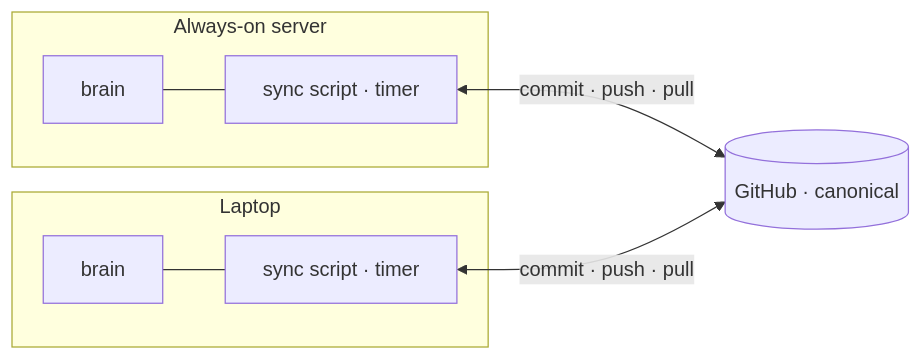
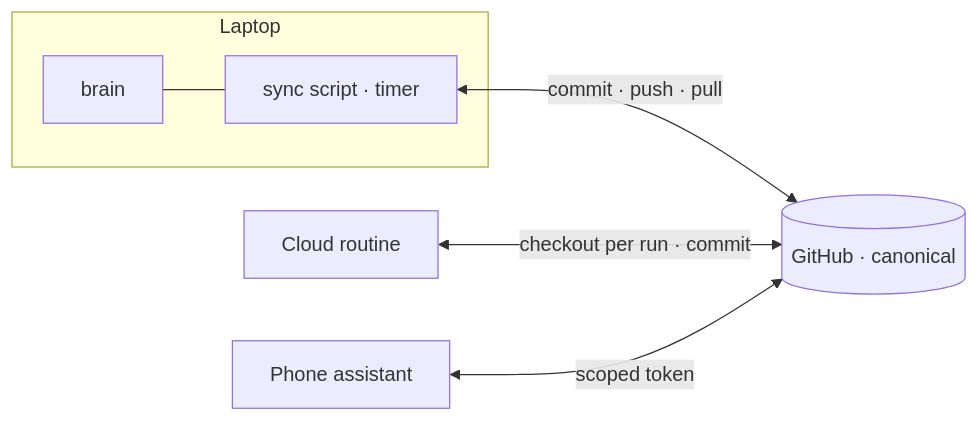
The diagram in docs/syncing-across-hosts.md (soeren90/shared-brain), drawn with Mermaid before and after one commit. The commit also changed other lines of this file and 3 other files, not shown here.

````diff
--- a/docs/syncing-across-hosts.md
+++ b/docs/syncing-across-hosts.md
@@ -26,12 +26,12 @@
 ```mermaid
 flowchart LR
-    subgraph S [Always-on server]
-      SB[brain] --- SS[sync script · timer]
-    end
     subgraph L [Laptop]
       LB[brain] --- LS[sync script · timer]
     end
     G[(GitHub · canonical)]
-    SS <-->|commit · push · pull| G
+    C[Cloud routine]
+    F[Phone assistant]
     LS <-->|commit · push · pull| G
+    C <-->|checkout per run · commit| G
+    F <-->|scoped token| G
 ```
````
